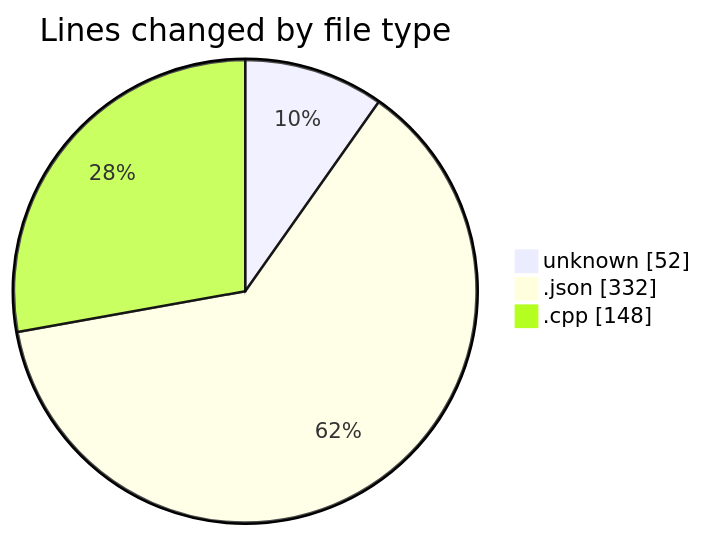
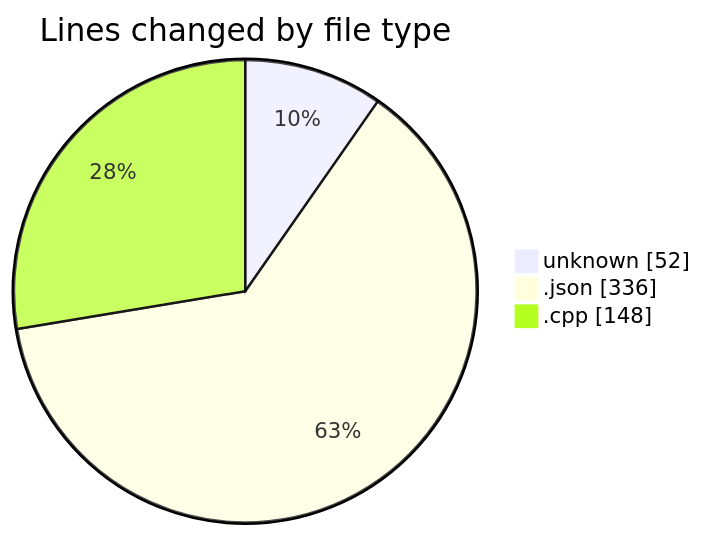
Before and after one commit to Netris89/code-tracking: the first of 2 diagrams in 2025-03-26/echo/README.md, drawn with Mermaid. The commit also changed other lines of this file and 1 other file, not shown here.

````diff
--- a/2025-03-26/echo/README.md
+++ b/2025-03-26/echo/README.md
@@ -24,7 +24,7 @@
 ```mermaid
 pie showData
 title Lines changed by file type
 "unknown" : 52
-".json" : 332
+".json" : 336
 ".cpp" : 148
 ```
````
